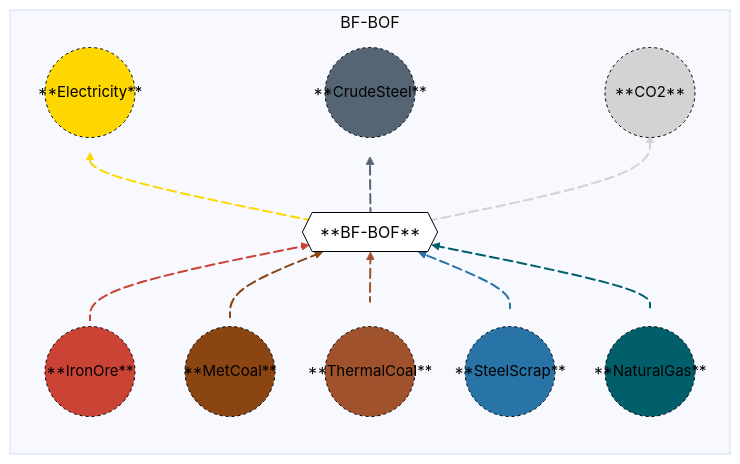
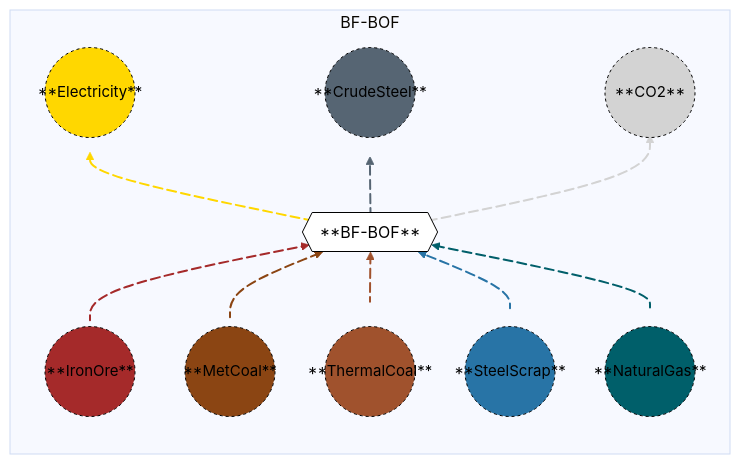
Before and after one commit to acheng1757/MacroEnergy-Abbie.jl: the diagram in docs/src/Manual/assets/blastfurnacebasicoxygenfurnace.md, drawn with Mermaid.

Commit message:
Change color styles in blast furnace documentation

````diff
--- a/docs/src/Manual/assets/blastfurnacebasicoxygenfurnace.md
+++ b/docs/src/Manual/assets/blastfurnacebasicoxygenfurnace.md
@@ -28,43 +28,43 @@
 ```mermaid
 %%{init: {'theme': 'base', 'themeVariables': { 'background': '#D1EBDE' }}}%%
 flowchart BT
   subgraph BF-BOF
   direction BT
     A1(("**IronOre**")) e1@-->B{{"**BF-BOF**"}}
     A2(("**MetCoal**")) e2@-->B{{"**BF-BOF**"}}
     A3(("**ThermalCoal**")) e3@-->B{{"**BF-BOF**"}}
     A4(("**SteelScrap**")) e4@-->B{{"**BF-BOF**"}}
     A5(("**NaturalGas**")) e5@-->B{{"**BF-BOF**"}}
     B{{"**BF-BOF**"}} e6@-->C1(("**Electricity**"))
     B{{"**BF-BOF**"}} e7@-->C2(("**CrudeSteel**"))
     B{{"**BF-BOF**"}} e8@-->C3(("**CO2**"))
 
     e1@{ animate: true }
     e2@{ animate: true }
     e3@{ animate: true }
     e4@{ animate: true }
     e5@{ animate: true }
     e6@{ animate: true }
     e7@{ animate: true }
     e8@{ animate: true }
  end
-    style A1 font-size:15px,r:45px,fill:#CB4335,stroke:black,color:black,stroke-dasharray: 3,5;
+    style A1 font-size:15px,r:45px,fill:#A52A2A,stroke:black,color:black,stroke-dasharray: 3,5;
     style A2 font-size:15px,r:45px,fill:#8B4513,stroke:black,color:black,stroke-dasharray: 3,5;
     style A3 font-size:15px,r:45px,fill:#A0522D,stroke:black,color:black,stroke-dasharray: 3,5;
     style A4 font-size:15px,r:45px,fill:#2874A6,stroke:black,color:black,stroke-dasharray: 3,5;
     style A5 font-size:15px,r:45px,fill:#005F6A,stroke:black,color:black,stroke-dasharray: 3,5;
     style B fill:white,stroke:black,color:black;
     style C1 font-size:15px,r:45px,fill:#FFD700,stroke:black,color:black,stroke-dasharray: 3,5;
     style C2 font-size:15px,r:45px,fill:#566573,stroke:black,color:black,stroke-dasharray: 3,5;
     style C3 font-size:15px,r:45px,fill:lightgray,stroke:black,color:black,stroke-dasharray: 3,5;
-    linkStyle 0 stroke:#CB4335, stroke-width: 2px;
+    linkStyle 0 stroke:#A52A2A, stroke-width: 2px;
     linkStyle 1 stroke:#8B4513, stroke-width: 2px;
     linkStyle 2 stroke:#A0522D, stroke-width: 2px;
     linkStyle 3 stroke:#2874A6, stroke-width: 2px;
     linkStyle 4 stroke:#005F6A, stroke-width: 2px;
     linkStyle 5 stroke:#FFD700, stroke-width: 2px;
     linkStyle 6 stroke:#566573, stroke-width: 2px;
     linkStyle 7 stroke:lightgray, stroke-width: 2px;
 
 
 ```
````
